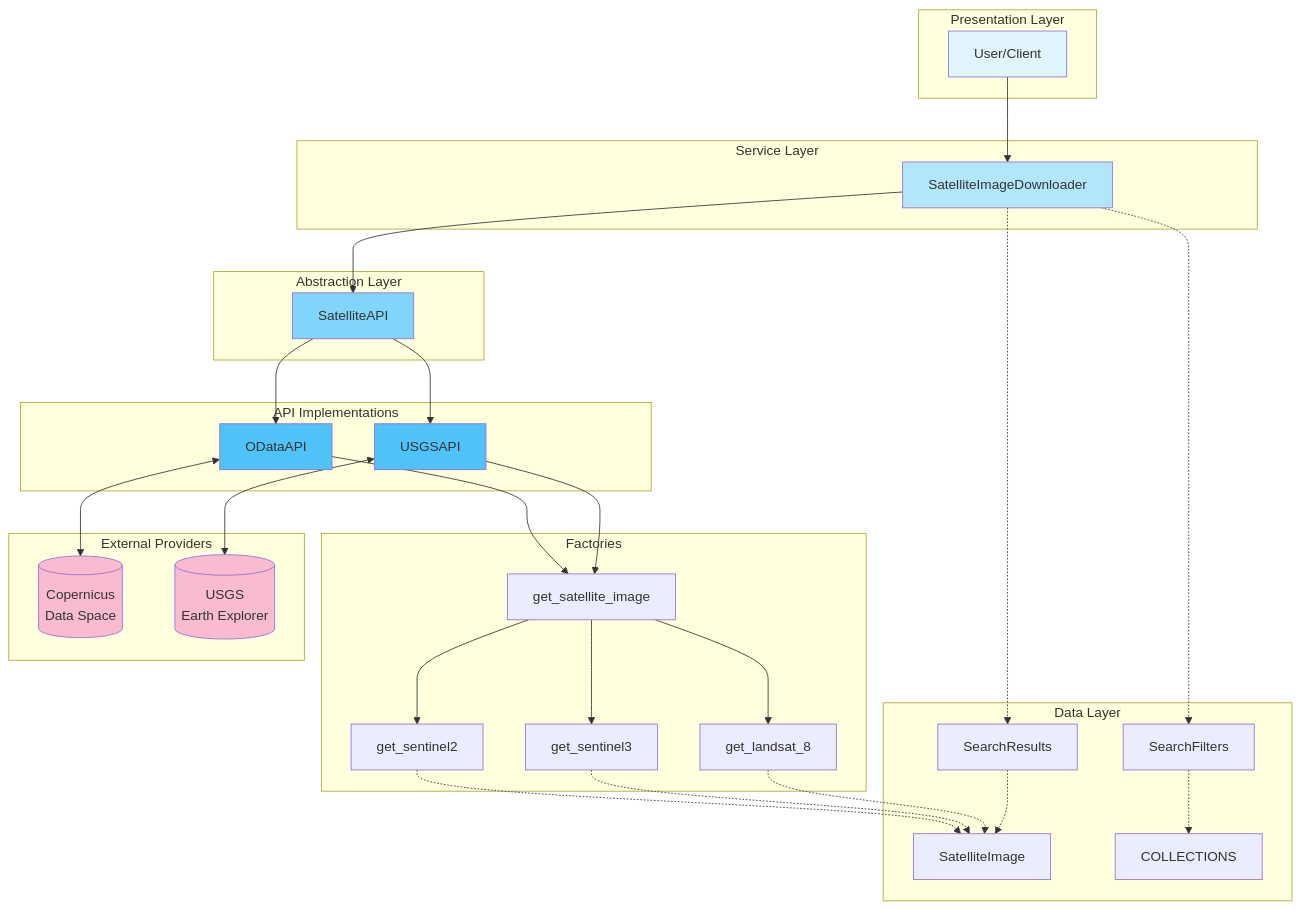
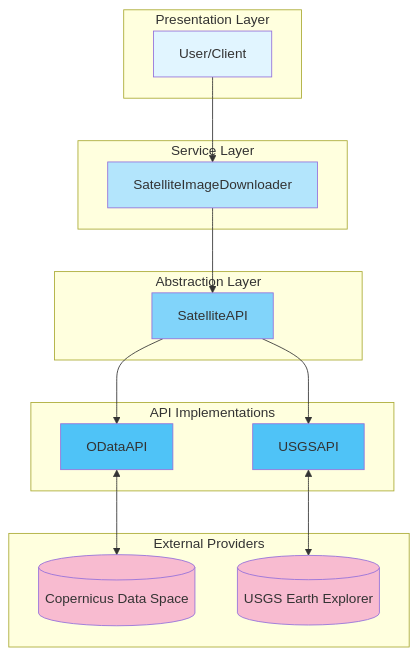
The third of 11 diagrams in docs/architecture/diagrams.md (Aouei/remote-sensing-satellite-downloader), drawn with Mermaid before and after one commit. The commit also changed other lines of this file and 4 other files, not shown here.

````diff
--- a/docs/architecture/diagrams.md
+++ b/docs/architecture/diagrams.md
@@ -117,71 +109,39 @@
 ```mermaid
 graph TB
     subgraph "Presentation Layer"
         USER[User/Client]
     end
-    
+
     subgraph "Service Layer"
         DOWNLOADER[SatelliteImageDownloader]
     end
-    
+
     subgraph "Abstraction Layer"
         API[SatelliteAPI]
     end
-    
+
     subgraph "API Implementations"
         ODATA[ODataAPI]
         USGS[USGSAPI]
     end
-    
-    subgraph "Data Layer"
-        FILTERS[SearchFilters]
-        IMAGE[SatelliteImage]
-        RESULTS[SearchResults]
-        ENUMS[COLLECTIONS]
+
+    subgraph "External Providers"
+        COPERNICUS[(Copernicus Data Space)]
+        EARTHEXPLORER[(USGS Earth Explorer)]
     end
-    
-    subgraph "Factories"
-        FACTORY[get_satellite_image]
-        S2[get_sentinel2]
-        S3[get_sentinel3]
-        L8[get_landsat_8]
-    end
-    
-    subgraph "External Providers"
-        COPERNICUS[(Copernicus<br/>Data Space)]
-        EARTHEXPLORER[(USGS<br/>Earth Explorer)]
-    end
-    
+
     USER --> DOWNLOADER
     DOWNLOADER --> API
     API --> ODATA
     API --> USGS
-    
-    DOWNLOADER -.-> FILTERS
-    DOWNLOADER -.-> RESULTS
-    
-    ODATA --> FACTORY
-    USGS --> FACTORY
-    
-    FACTORY --> S2
-    FACTORY --> S3
-    FACTORY --> L8
-    
-    S2 -.-> IMAGE
-    S3 -.-> IMAGE  
-    L8 -.-> IMAGE
-    
-    FILTERS -.-> ENUMS
-    RESULTS -.-> IMAGE
-    
     ODATA <--> COPERNICUS
     USGS <--> EARTHEXPLORER
-    
+
     style USER fill:#e1f5ff
     style DOWNLOADER fill:#b3e5fc
     style API fill:#81d4fa
     style ODATA fill:#4fc3f7
     style USGS fill:#4fc3f7
     style COPERNICUS fill:#f8bbd0
     style EARTHEXPLORER fill:#f8bbd0
 ```
````
